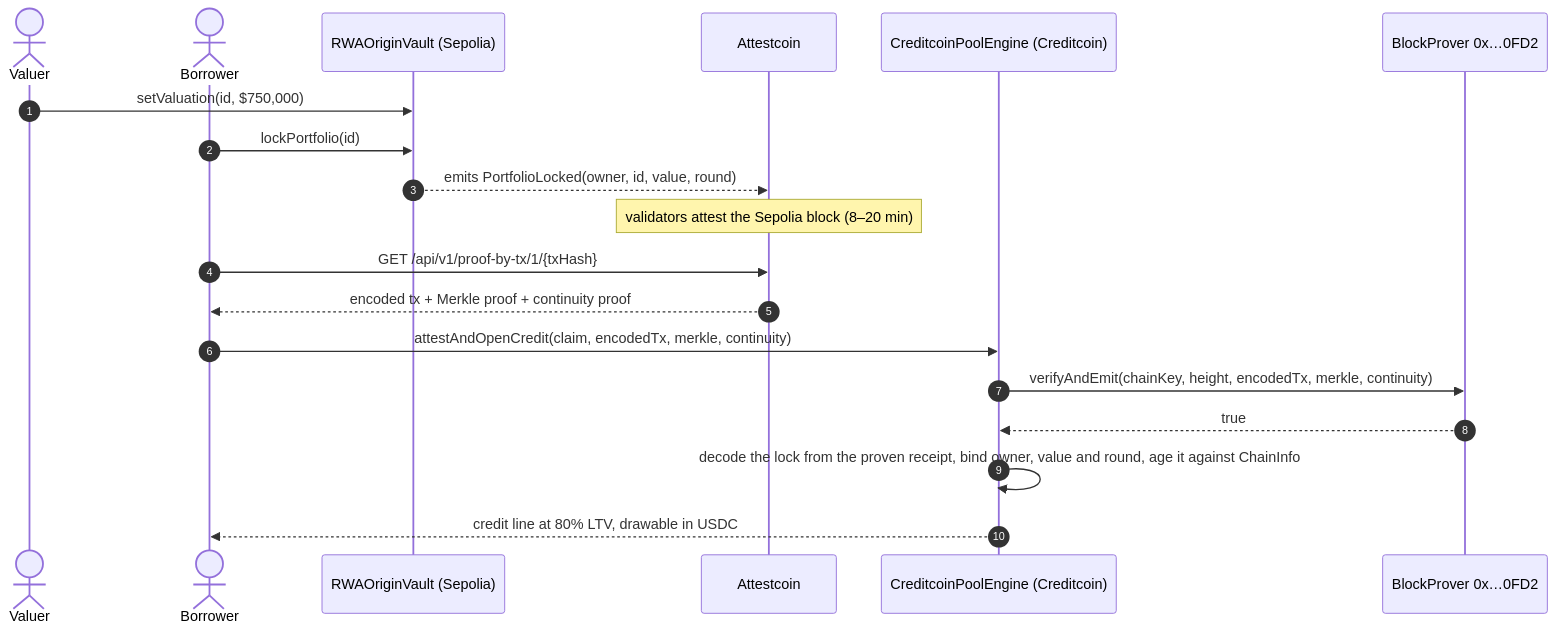
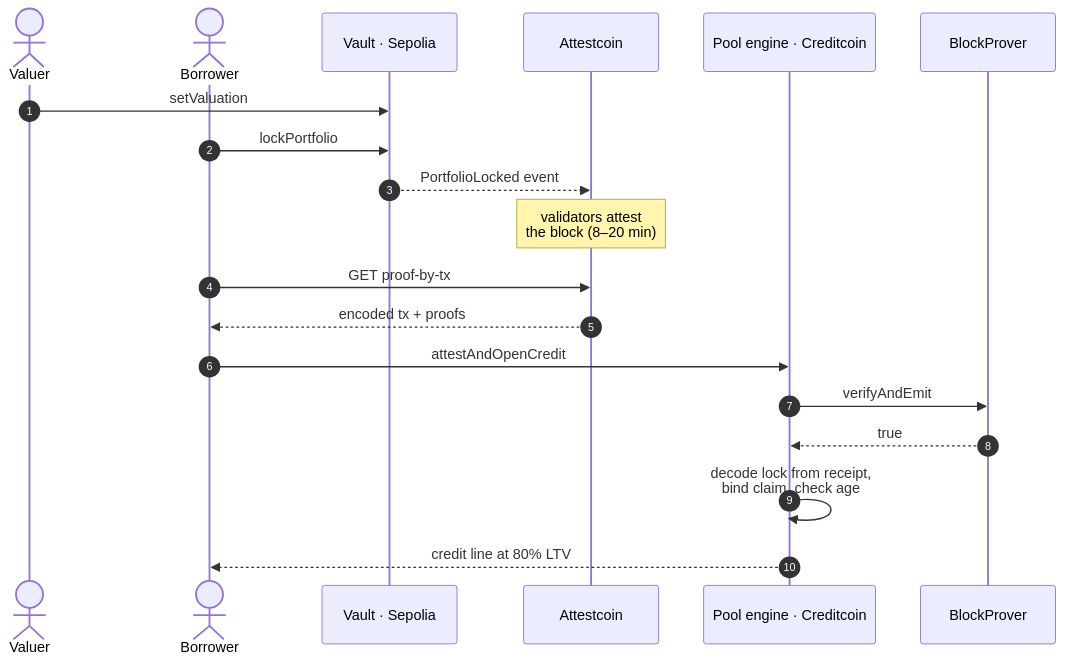
The diagram in README.md (thewoodfish/bifrost), drawn with Mermaid before and after one commit. The commit also changed other lines of this file, not shown here.

Commit message:
README: tighten the sequence diagram, fit the integration table to GitHub's column

````diff
--- a/README.md
+++ b/README.md
@@ -70,22 +70,22 @@
 ```mermaid
 sequenceDiagram
     autonumber
     actor V as Valuer
     actor B as Borrower
-    participant S as RWAOriginVault (Sepolia)
+    participant S as Vault · Sepolia
     participant A as Attestcoin
-    participant C as CreditcoinPoolEngine (Creditcoin)
-    participant P as BlockProver 0x…0FD2
+    participant C as Pool engine · Creditcoin
+    participant P as BlockProver
 
-    V->>S: setValuation(id, $750,000)
-    B->>S: lockPortfolio(id)
-    S-->>A: emits PortfolioLocked(owner, id, value, round)
-    Note over A: validators attest the Sepolia block (8–20 min)
-    B->>A: GET /api/v1/proof-by-tx/1/{txHash}
-    A-->>B: encoded tx + Merkle proof + continuity proof
-    B->>C: attestAndOpenCredit(claim, encodedTx, merkle, continuity)
-    C->>P: verifyAndEmit(chainKey, height, encodedTx, merkle, continuity)
+    V->>S: setValuation
+    B->>S: lockPortfolio
+    S-->>A: PortfolioLocked event
+    Note over A: validators attest<br/>the block (8–20 min)
+    B->>A: GET proof-by-tx
+    A-->>B: encoded tx + proofs
+    B->>C: attestAndOpenCredit
+    C->>P: verifyAndEmit
     P-->>C: true
-    C->>C: decode the lock from the proven receipt, bind owner, value and round, age it against ChainInfo
-    C-->>B: credit line at 80% LTV, drawable in USDC
+    C->>C: decode lock from receipt,<br/>bind claim, check age
+    C-->>B: credit line at 80% LTV
 ```
````
